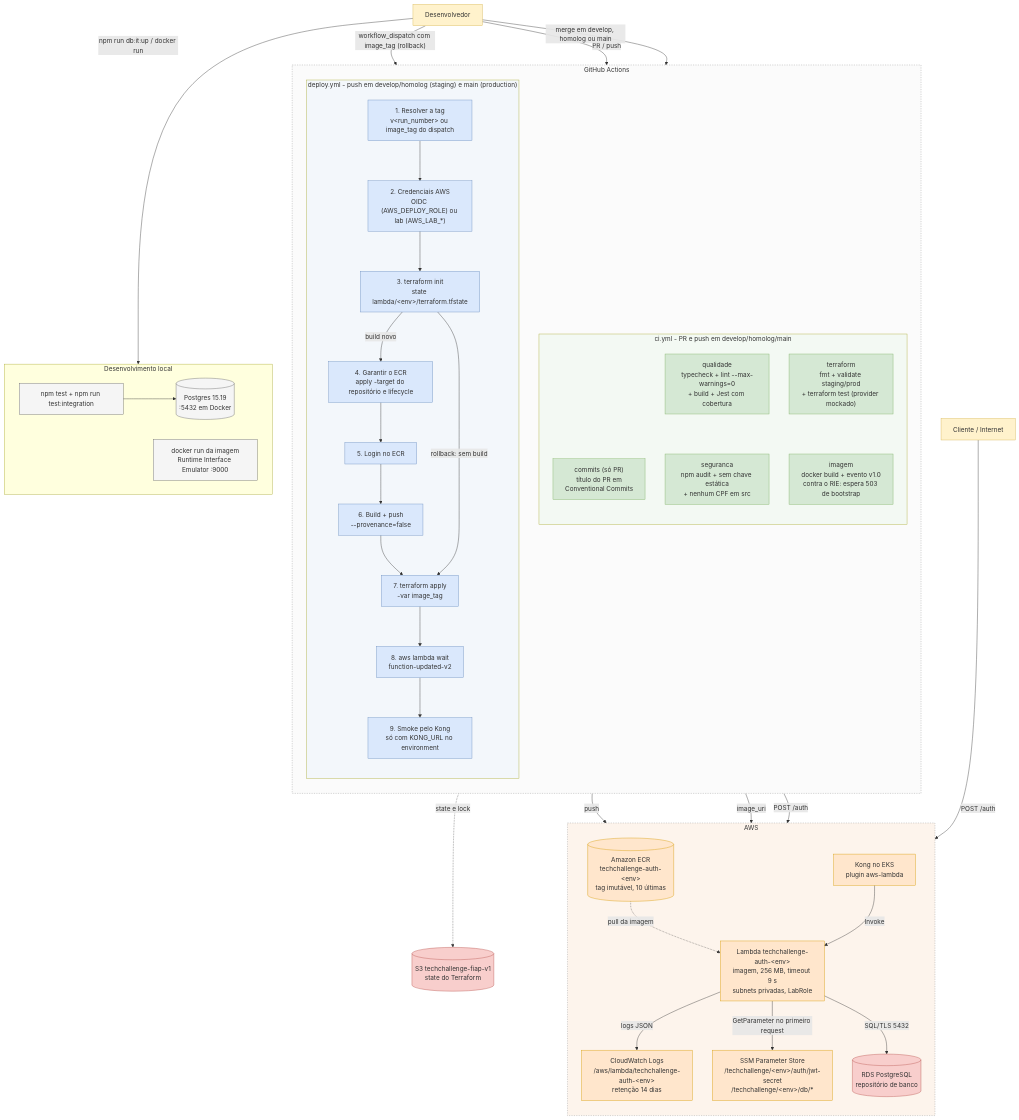
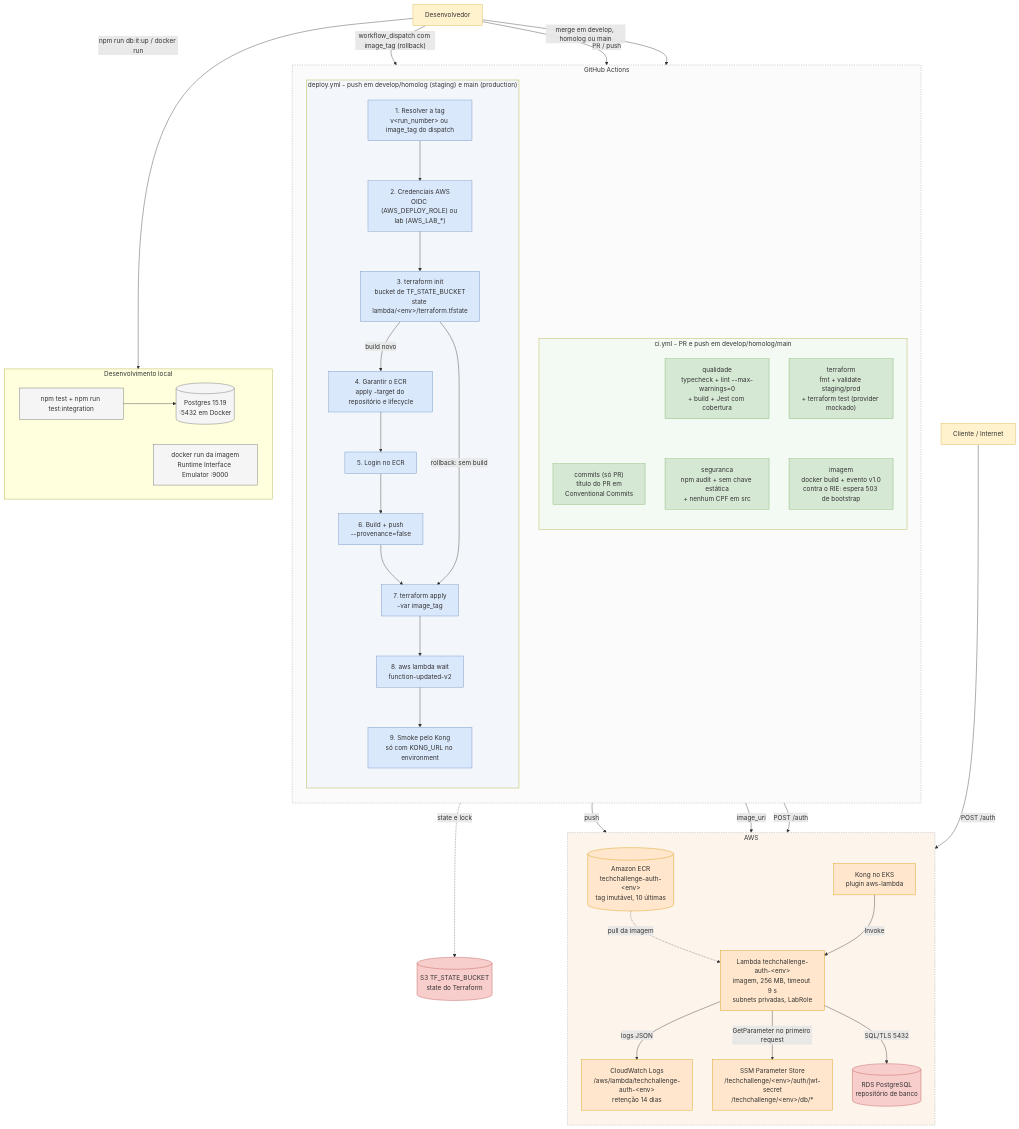
One commit to DevKaue/TechChallange---Function-Serverless changed the third of 3 diagrams in README.md. Above: the diagram before and after it, drawn with Mermaid. The commit also changed other lines of this file and 5 other files, not shown here.

Commit message:
ci: lê o bucket do state por variável no init

```diff
--- a/README.md
+++ b/README.md
@@ -233,7 +233,7 @@
             direction TB
             D1["1. Resolver a tag<br/>v&lt;run_number&gt; ou image_tag do dispatch"]
             D2["2. Credenciais AWS<br/>OIDC (AWS_DEPLOY_ROLE) ou lab (AWS_LAB_*)"]
-            D3["3. terraform init<br/>state lambda/&lt;env&gt;/terraform.tfstate"]
+            D3["3. terraform init<br/>bucket de TF_STATE_BUCKET<br/>state lambda/&lt;env&gt;/terraform.tfstate"]
             D4["4. Garantir o ECR<br/>apply -target do repositório e lifecycle"]
             D5["5. Login no ECR"]
             D6["6. Build + push<br/>--provenance=false"]
@@ -253,7 +253,7 @@
         RDS[("RDS PostgreSQL<br/>repositório de banco")]
     end
 
-    S3[("S3 techchallenge-fiap-v1<br/>state do Terraform")]
+    S3[("S3 TF_STATE_BUCKET<br/>state do Terraform")]
 
     subgraph LOCAL["Desenvolvimento local"]
         LT["npm test + npm run test:integration"]
```
